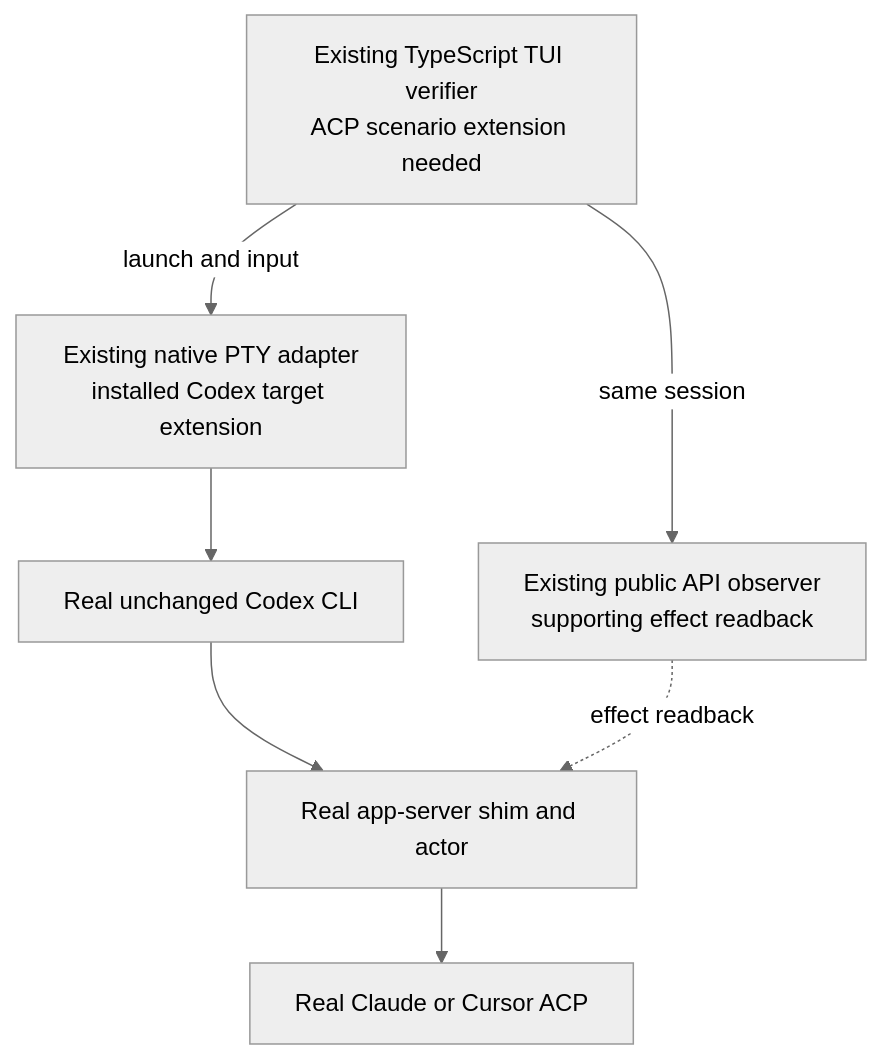
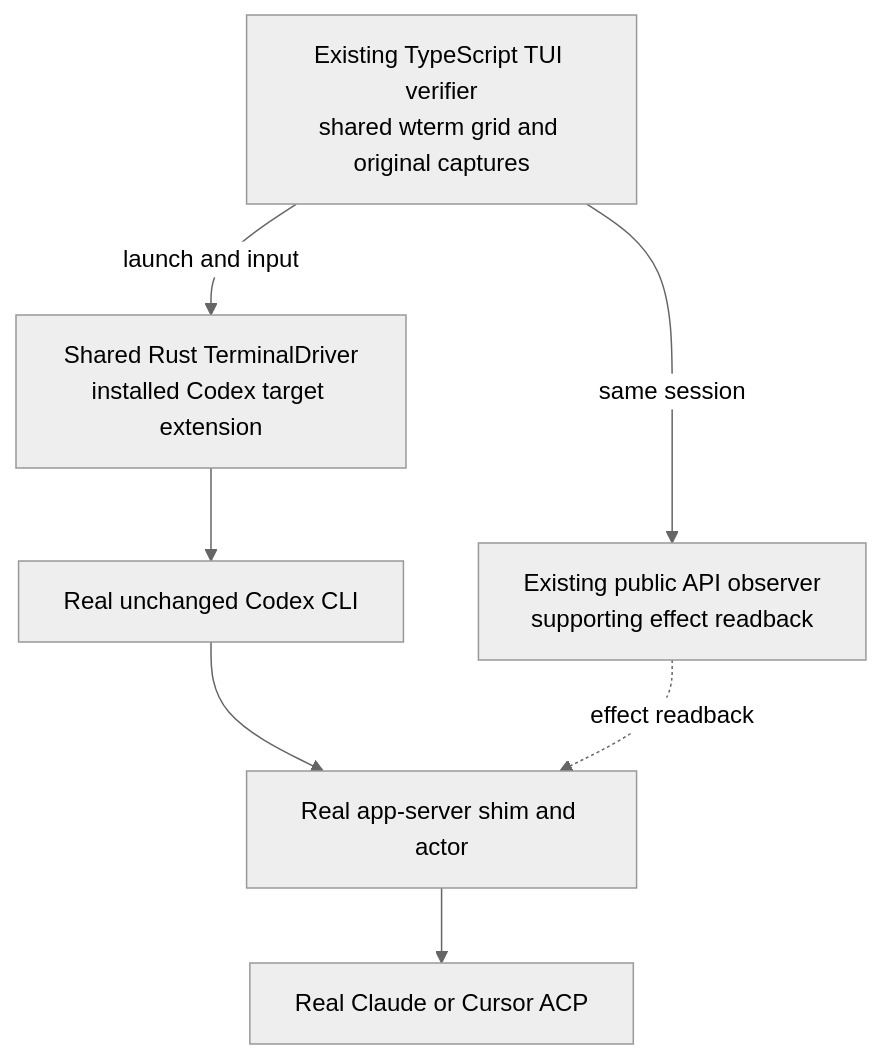
One commit to agent-collaboration/agent-collaboration changed the third of 4 diagrams in docs/specs/2026-10-28-codex-acp-providers/program-design.md. Above: the diagram before and after it, drawn with Mermaid (neutral theme). The commit also changed other lines of this file and 9 other files, not shown here.

Commit message:
Keep skill identities provider-neutral and share the TUI verifier backend

````diff
--- a/docs/specs/2026-10-28-codex-acp-providers/program-design.md
+++ b/docs/specs/2026-10-28-codex-acp-providers/program-design.md
@@ -189,9 +189,9 @@
 ```mermaid
 flowchart TD
-  TS["Existing TypeScript TUI verifier<br/>ACP scenario extension needed"] -->|launch and input| PTY["Existing native PTY adapter<br/>installed Codex target extension"]
+  TS["Existing TypeScript TUI verifier<br/>shared wterm grid and original captures"] -->|launch and input| PTY["Shared Rust TerminalDriver<br/>installed Codex target extension"]
   PTY --> Client["Real unchanged Codex CLI"]
   Client --> Face["Real app-server shim and actor"]
   Face --> Provider["Real Claude or Cursor ACP"]
   TS -->|same session| API["Existing public API observer<br/>supporting effect readback"]
   API -.->|effect readback| Face
 ```
````
